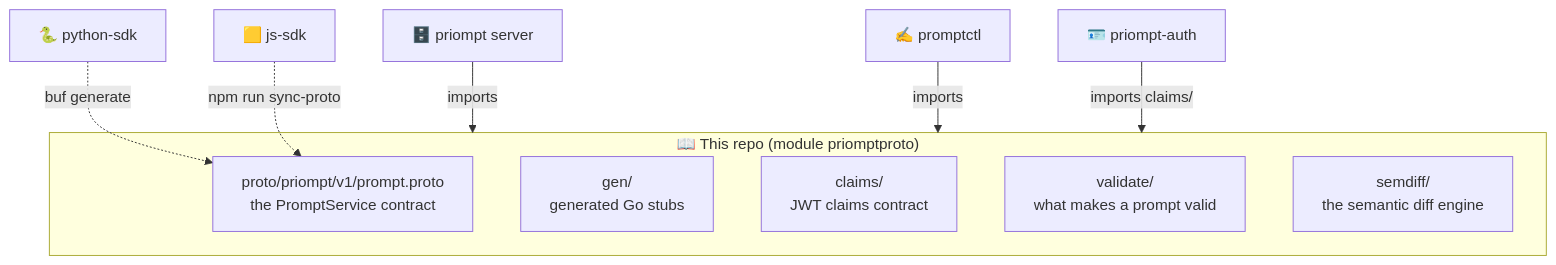
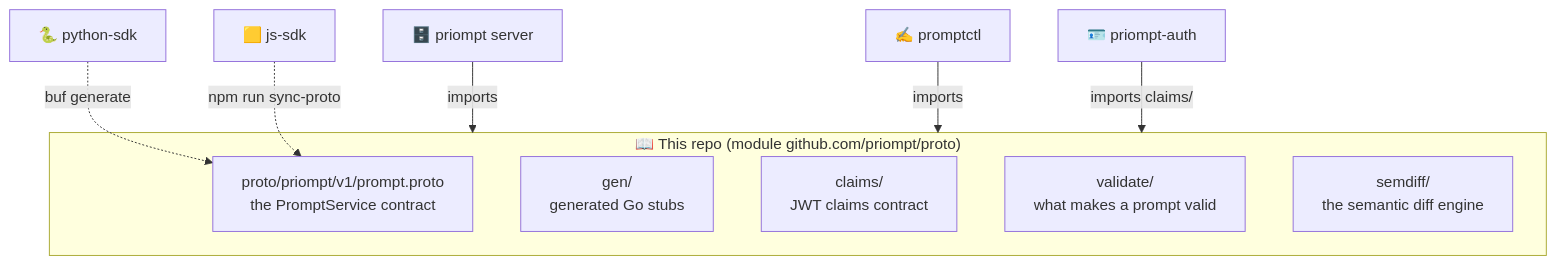
The diagram in README.md (priompt/proto), drawn with Mermaid before and after one commit. The commit also changed other lines of this file and 3 other files, not shown here.

First line of the commit message:
chore: publish Go module as github.com/priompt/proto (#2)

````diff
--- a/README.md
+++ b/README.md
@@ -18,15 +18,15 @@
 ```mermaid
 flowchart TD
-    subgraph This["📖 This repo (module priomptproto)"]
+    subgraph This["📖 This repo (module github.com/priompt/proto)"]
         P["proto/priompt/v1/prompt.proto<br/>the PromptService contract"]
         G["gen/<br/>generated Go stubs"]
         C["claims/<br/>JWT claims contract"]
         V["validate/<br/>what makes a prompt valid"]
         S["semdiff/<br/>the semantic diff engine"]
     end
     CORE["🗄️ priompt server"] -->|imports| This
     CLI["✍️ promptctl"] -->|imports| This
     AUTH["🪪 priompt-auth"] -->|"imports claims/"| This
     PY["🐍 python-sdk"] -.->|"buf generate"| P
     JS["🟨 js-sdk"] -.->|"npm run sync-proto"| P
 ```
````
